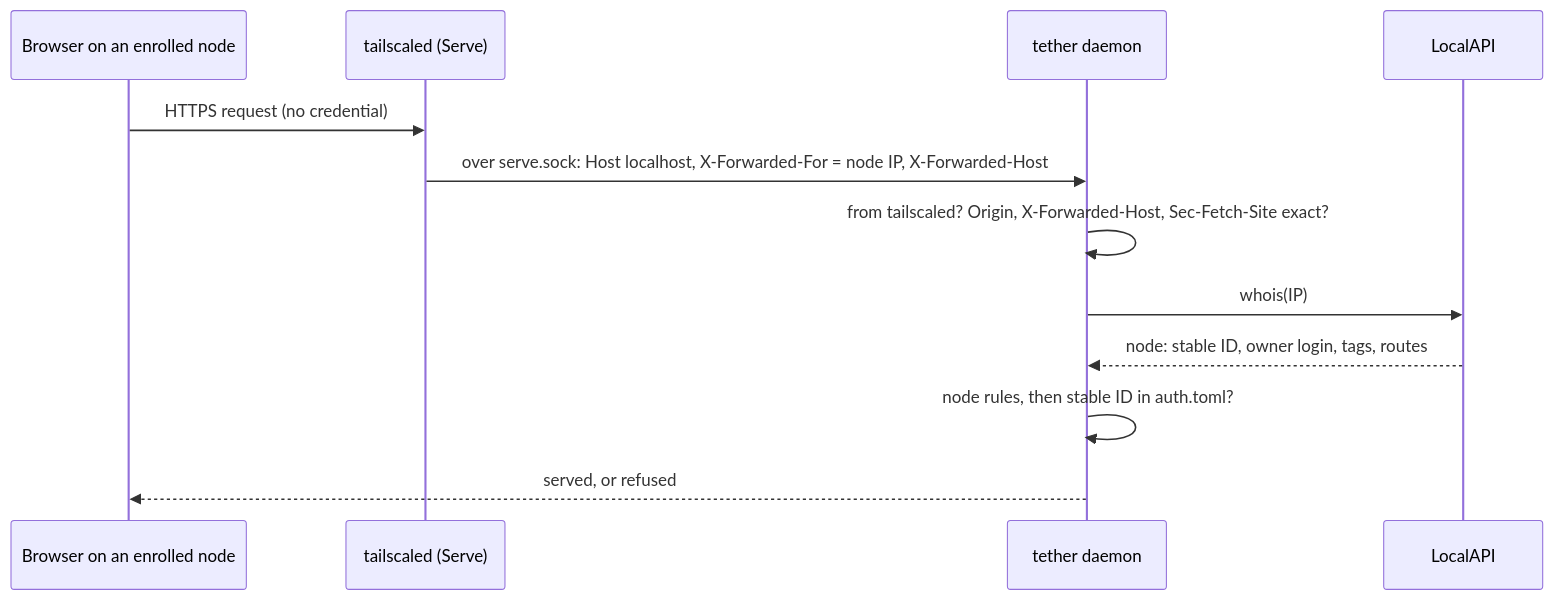
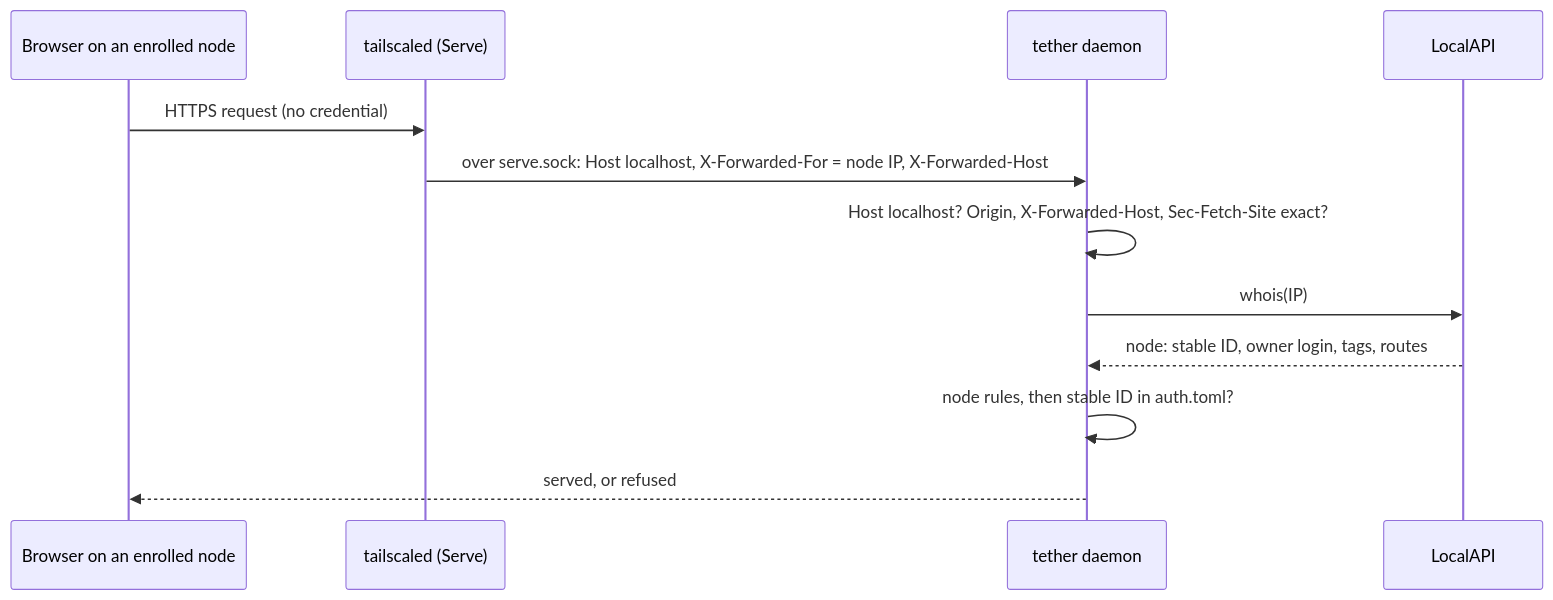
The diagram in .meridian/work/tether-mvp/design/browser-auth.md (haowjy/tether), drawn with Mermaid before and after one commit. The commit also changed other lines of this file and 1 other file, not shown here.

````diff
--- a/.meridian/work/tether-mvp/design/browser-auth.md
+++ b/.meridian/work/tether-mvp/design/browser-auth.md
@@ -20,14 +21,14 @@
 ```mermaid
 sequenceDiagram
   participant B as Browser on an enrolled node
   participant S as tailscaled (Serve)
   participant D as tether daemon
   participant L as LocalAPI
   B->>S: HTTPS request (no credential)
   S->>D: over serve.sock: Host localhost, X-Forwarded-For = node IP, X-Forwarded-Host
-  D->>D: from tailscaled? Origin, X-Forwarded-Host, Sec-Fetch-Site exact?
+  D->>D: Host localhost? Origin, X-Forwarded-Host, Sec-Fetch-Site exact?
   D->>L: whois(IP)
   L-->>D: node: stable ID, owner login, tags, routes
   D->>D: node rules, then stable ID in auth.toml?
   D-->>B: served, or refused
 ```
````
